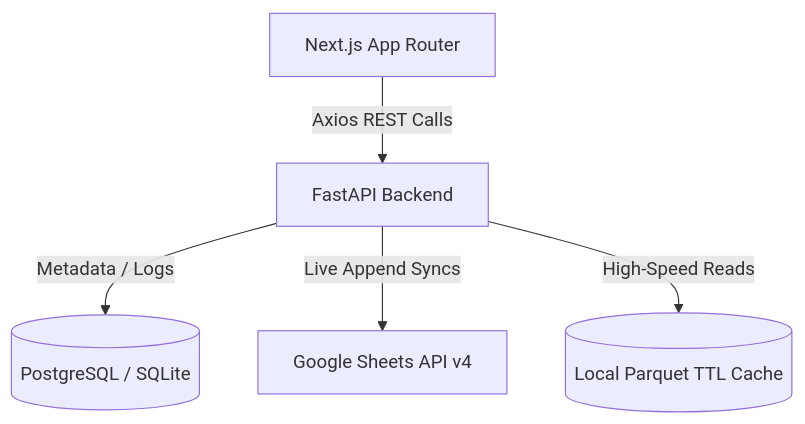
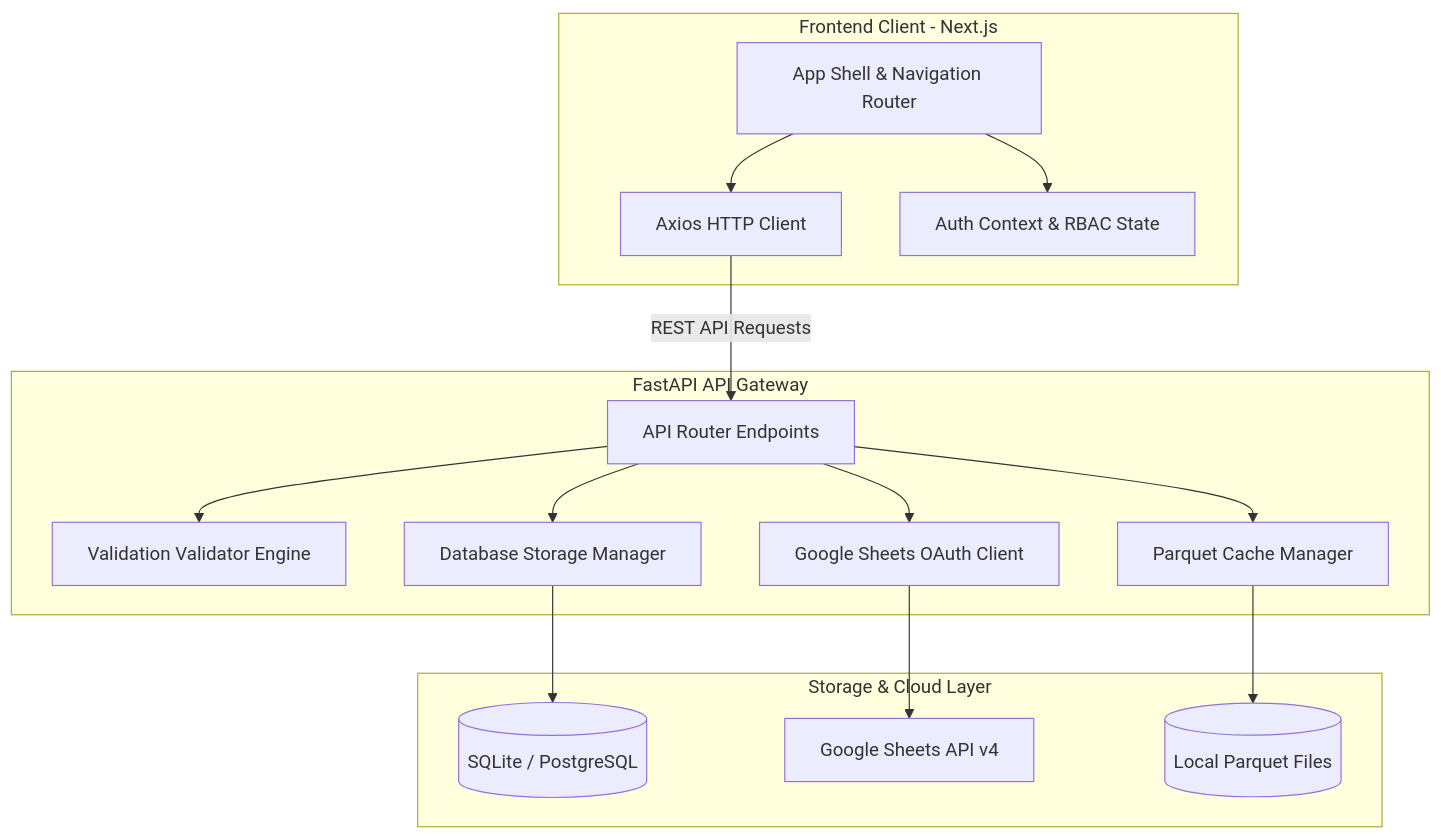
One commit to sumitkumarnayak-hub/forecast-pipeline-v2 changed the first of 2 diagrams in DEVELOPER_GUIDE.md. Above: the diagram before and after it, drawn with Mermaid. The commit also changed other lines of this file, not shown here.

Commit message:
docs: include email flows and detailed architecture systems diagram in manual

````diff
--- a/DEVELOPER_GUIDE.md
+++ b/DEVELOPER_GUIDE.md
@@ -14,7 +14,35 @@
 ```mermaid
 graph TD
-    UI[Next.js App Router] -->|Axios REST Calls| API[FastAPI Backend]
-    API -->|Metadata / Logs| DB[(PostgreSQL / SQLite)]
-    API -->|Live Append Syncs| Sheets[Google Sheets API v4]
-    API -->|High-Speed Reads| Cache[(Local Parquet TTL Cache)]
+    subgraph Client Layer [Frontend Client - Next.js]
+        UI[App Shell & Navigation Router]
+        Axios[Axios HTTP Client]
+        Auth[Auth Context & RBAC State]
+        UI --> Axios
+        UI --> Auth
+    end
+
+    subgraph Service Layer [FastAPI API Gateway]
+        Router[API Router Endpoints]
+        Val[Validation Validator Engine]
+        Cache[Parquet Cache Manager]
+        DB_Svc[Database Storage Manager]
+        G_Client[Google Sheets OAuth Client]
+        
+        Router --> Val
+        Router --> Cache
+        Router --> DB_Svc
+        Router --> G_Client
+    end
+
+    subgraph Storage & Cloud Layer
+        DB[(SQLite / PostgreSQL)]
+        GSheets[Google Sheets API v4]
+        Parquet[(Local Parquet Files)]
+        
+        DB_Svc --> DB
+        G_Client --> GSheets
+        Cache --> Parquet
+    end
+
+    Axios -->|REST API Requests| Router
 ```
````
